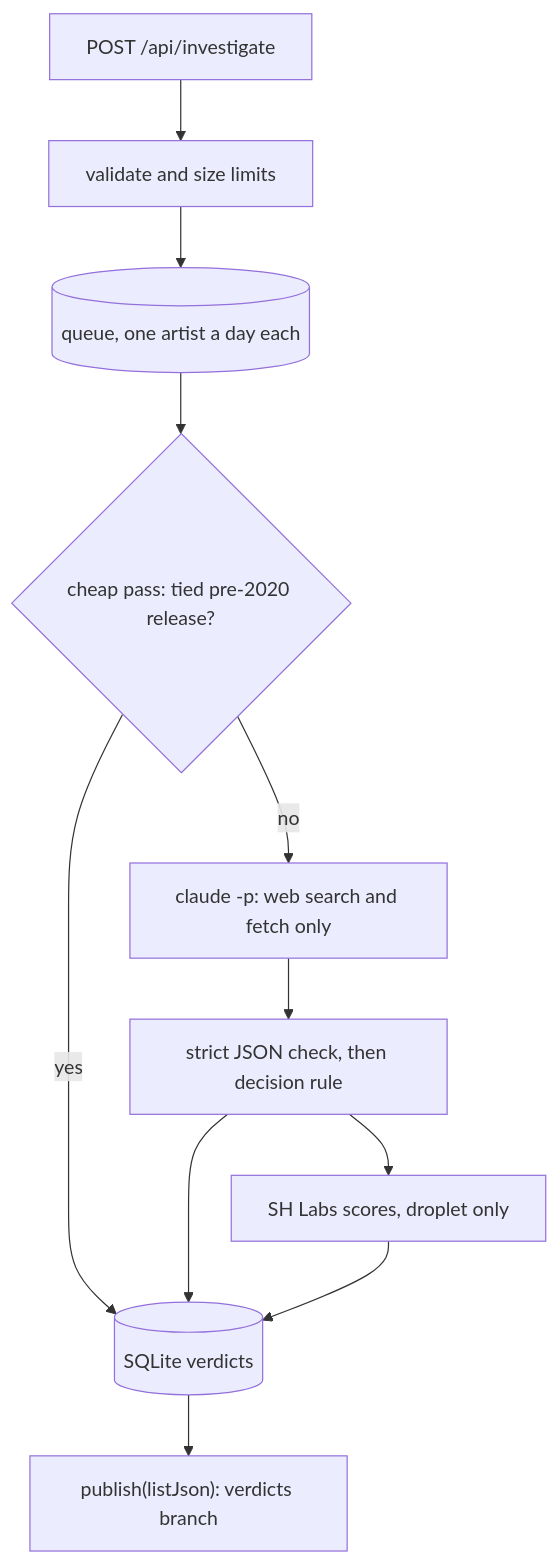
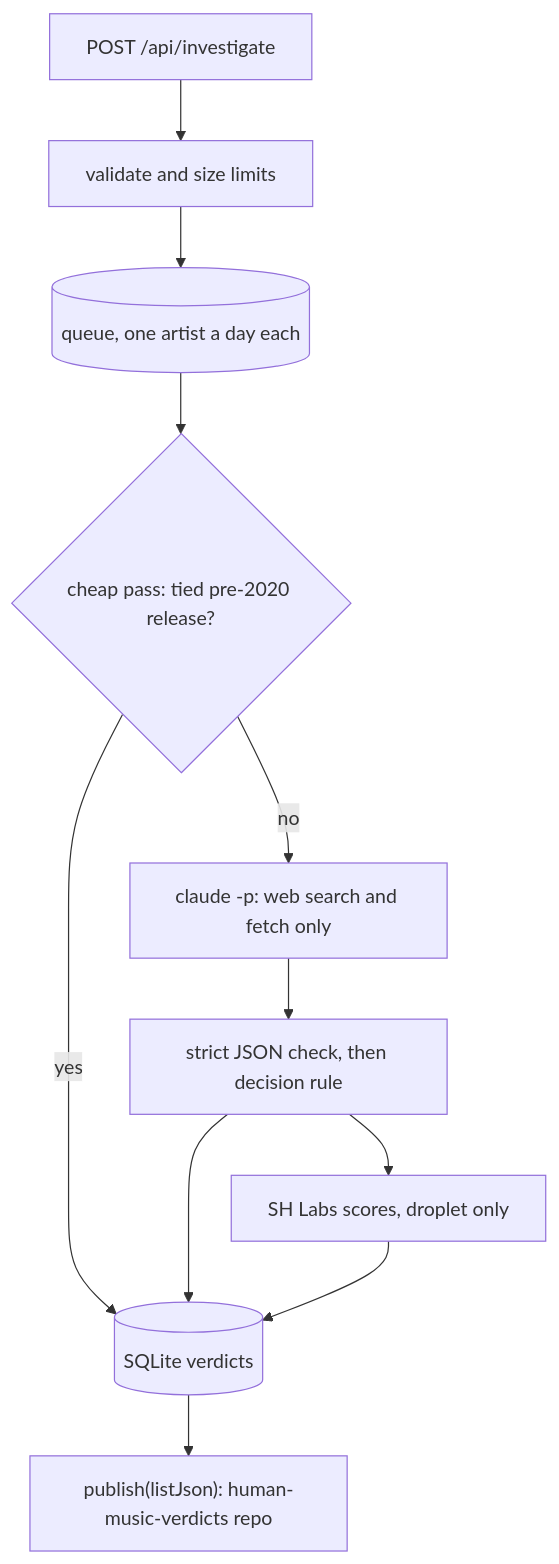
Before and after one commit to wai-lau/human-music: the diagram in docs/superpowers/plans/2026-11-16-ai-investigator-service.md, drawn with Mermaid. The commit also changed other lines of this file and 2 other files, not shown here.

First line of the commit message:
docs: Wai: verdicts in their own repo; covers as designed

````diff
--- a/docs/superpowers/plans/2026-11-16-ai-investigator-service.md
+++ b/docs/superpowers/plans/2026-11-16-ai-investigator-service.md
@@ -9,13 +9,13 @@
 ```mermaid
 flowchart TD
     X[POST /api/investigate] --> V[validate and size limits]
     V --> Q[(queue, one artist a day each)]
     Q --> W{cheap pass: tied pre-2020 release?}
     W -- yes --> S[(SQLite verdicts)]
     W -- no --> C[claude -p: web search and fetch only]
     C --> R[strict JSON check, then decision rule]
     R --> S
     R --> H[SH Labs scores, droplet only]
     H --> S
-    S --> P["publish(listJson): verdicts branch"]
+    S --> P["publish(listJson): human-music-verdicts repo"]
 ```
````
